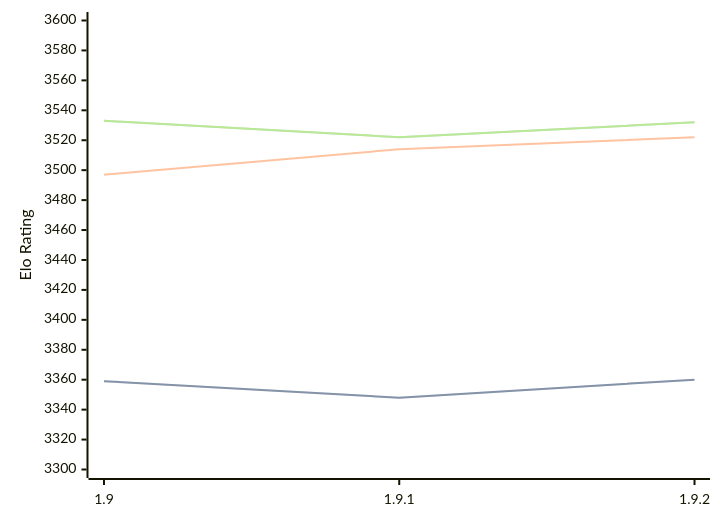
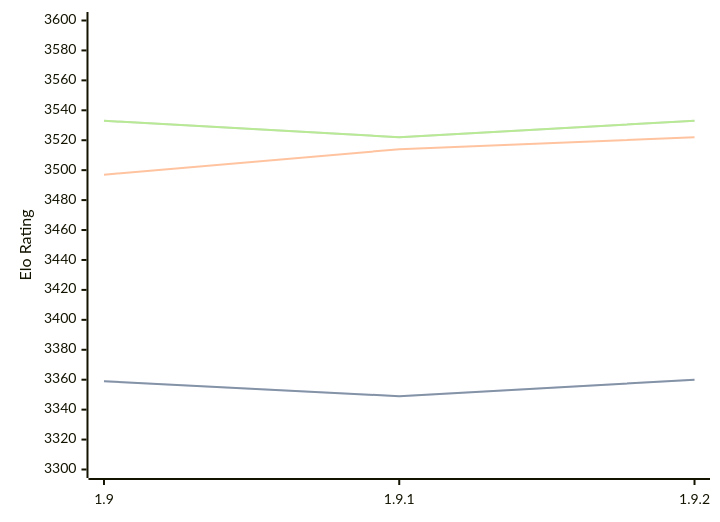
Before and after one commit to computer-chess-index/cci: the first of 3 diagrams in engines/Pawnocchio.md, drawn with Mermaid. The commit also changed other lines of this file, not shown here.

Commit message:
Update CCI Ratings (ELO VLTC) - 2026-06-21

````diff
--- a/engines/Pawnocchio.md
+++ b/engines/Pawnocchio.md
@@ -48,11 +48,11 @@
 ```mermaid
 %%{init: {"theme":"base","themeVariables":{"seriesColors:['#a3a3a3','#222221','#faa371']}}}%%
 xychart-beta
   x-axis ["1.9", "1.9.1", "1.9.2"]
   y-axis "Elo Rating" 3300 --> 3600
-  line "STC (8.0+0.08s)" [3359, 3348, 3360]
-  line "STC (8.0+0.08s)" [3359, 3348, 3360]
+  line "STC (8.0+0.08s)" [3359, 3349, 3360]
+  line "STC (8.0+0.08s)" [3359, 3349, 3360]
   line "LTC (60.0+0.60s)" [3497, 3514, 3522]
-  line "VLTC (2m24s+1.12s)" [3533, 3522, 3532]
-  line "VLTC (2m24s+1.12s)" [3533, 3522, 3532]
+  line "VLTC (2m24s+1.12s)" [3533, 3522, 3533]
+  line "VLTC (2m24s+1.12s)" [3533, 3522, 3533]
 ```
````
